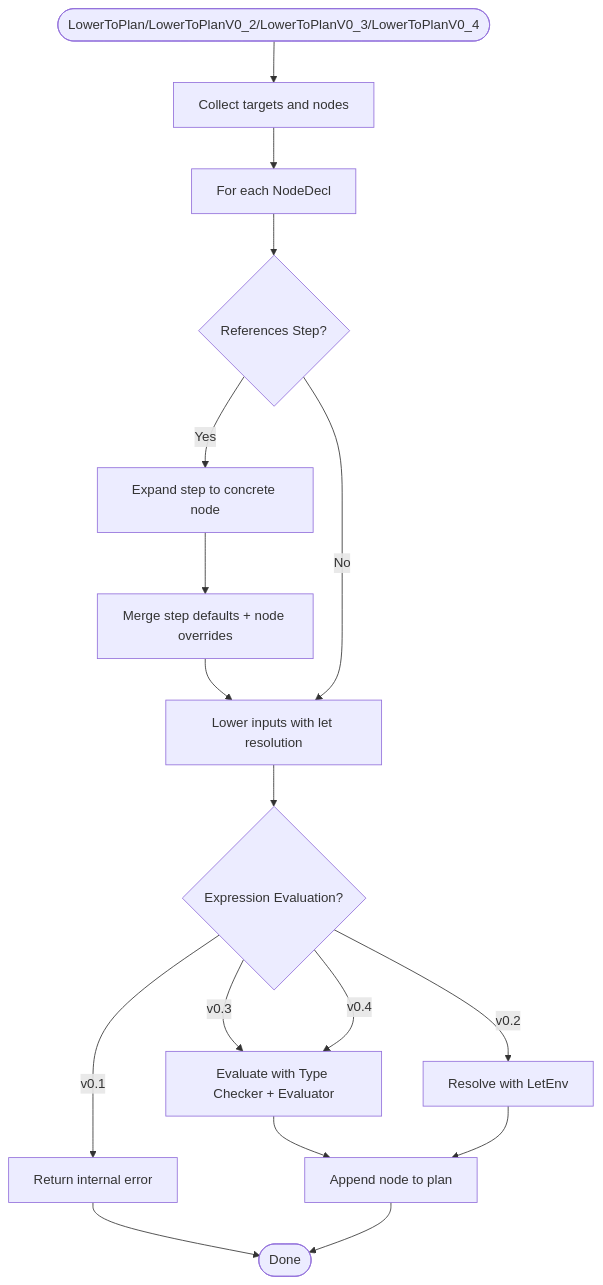
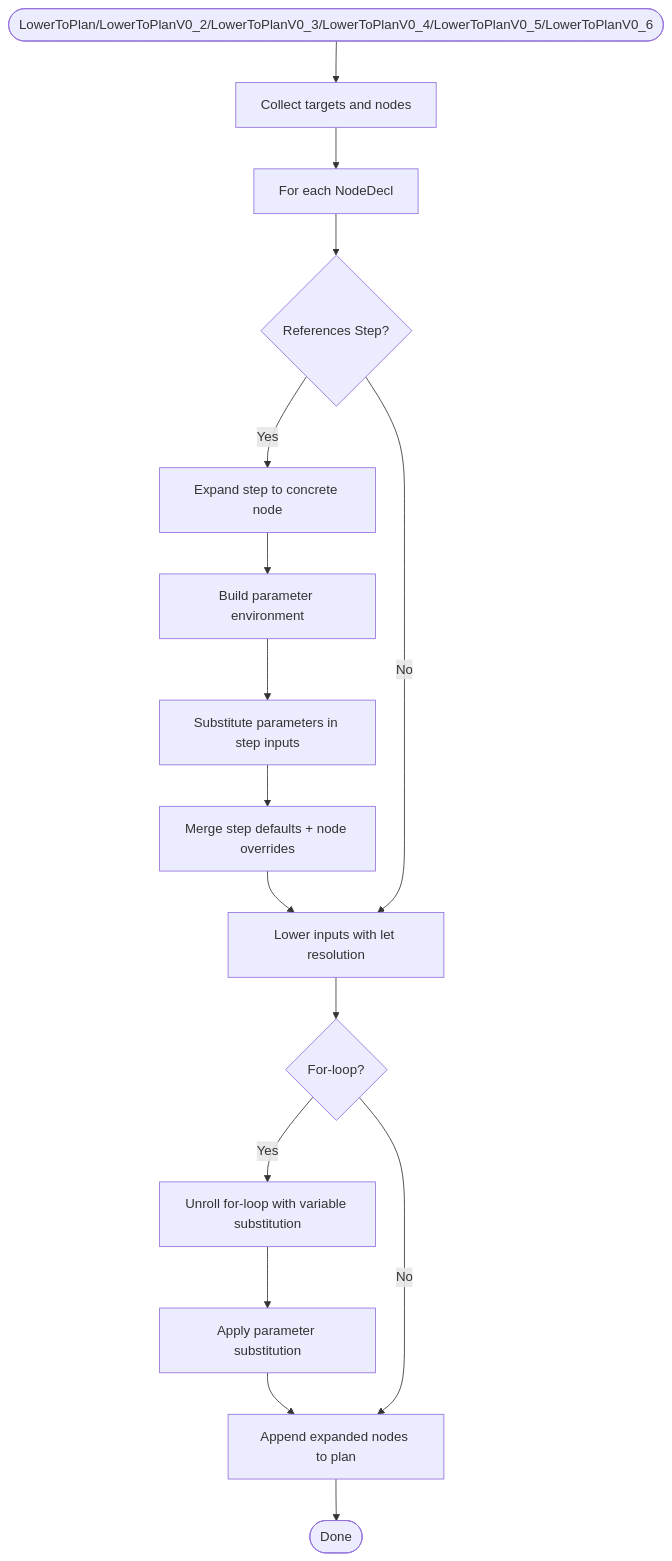
One commit to ahmednour1430464/dotdevops changed diagram 11 of 15 in .qoder/repowiki/en/content/.devops Language Reference/Validation Rules and Constraints.md. Above: the diagram before and after it, drawn with Mermaid. The commit also changed other lines of this file and 12 other files, not shown here.

````diff
--- a/.qoder/repowiki/en/content/.devops Language Reference/Validation Rules and Constraints.md
+++ b/.qoder/repowiki/en/content/.devops Language Reference/Validation Rules and Constraints.md
@@ -519,19 +777,18 @@
 ```mermaid
 flowchart TD
-LStart(["LowerToPlan/LowerToPlanV0_2/LowerToPlanV0_3/LowerToPlanV0_4"]) --> Collect["Collect targets and nodes"]
+LStart(["LowerToPlan/LowerToPlanV0_2/LowerToPlanV0_3/LowerToPlanV0_4/LowerToPlanV0_5/LowerToPlanV0_6"]) --> Collect["Collect targets and nodes"]
 Collect --> ForEachNode["For each NodeDecl"]
 ForEachNode --> CheckStepRef{"References Step?"}
 CheckStepRef --> |Yes| ExpandStep["Expand step to concrete node"]
-ExpandStep --> MergeInputs["Merge step defaults + node overrides"]
+ExpandStep --> BuildParamEnv["Build parameter environment"]
+BuildParamEnv --> ParamSubstitution["Substitute parameters in step inputs"]
+ParamSubstitution --> MergeInputs["Merge step defaults + node overrides"]
 MergeInputs --> LowerInputs["Lower inputs with let resolution"]
 CheckStepRef --> |No| LowerInputs
-LowerInputs --> EvalCheck{"Expression Evaluation?"}
-EvalCheck --> |v0.1| IdentError["Return internal error"]
-EvalCheck --> |v0.2| ResolveLet["Resolve with LetEnv"]
-EvalCheck --> |v0.3| EvalLet["Evaluate with Type Checker + Evaluator"]
-EvalCheck --> |v0.4| EvalLet
-EvalLet --> AppendNode["Append node to plan"]
-ResolveLet --> AppendNode
-IdentError --> LEnd(["Done"])
-AppendNode --> LEnd
+LowerInputs --> CheckForLoop{"For-loop?"}
+CheckForLoop --> |Yes| UnrollLoop["Unroll for-loop with variable substitution"]
+UnrollLoop --> ParamSubstitution2["Apply parameter substitution"]
+ParamSubstitution2 --> AppendNode["Append expanded nodes to plan"]
+CheckForLoop --> |No| AppendNode
+AppendNode --> LEnd(["Done"])
 ```
````
